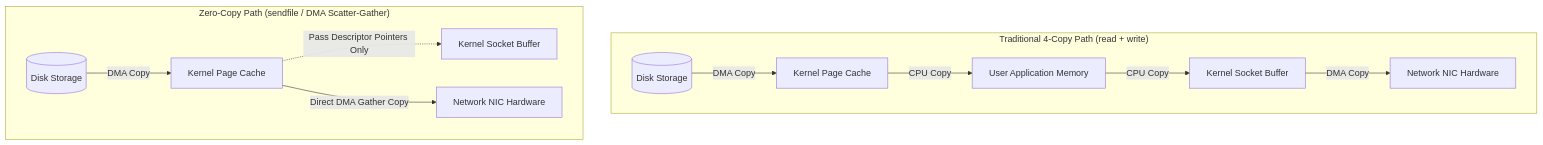
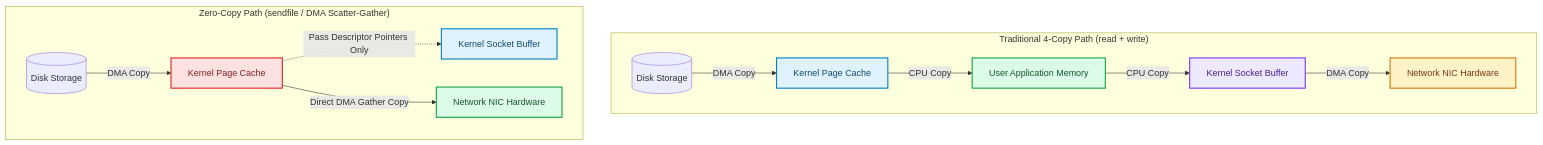
Before and after one commit to akmalkhaniub/akmalkhaniub.github.io: the diagram in blog/posts/zero-copy-network-io-sendfile-splice-memory-mapped-descriptors.md, drawn with Mermaid. The commit also changed other lines of this file and 1291 other files, not shown here.

First line of the commit message:
feat(catalog): unique covers, scholarly references, and diagram palettes

````diff
--- a/blog/posts/zero-copy-network-io-sendfile-splice-memory-mapped-descriptors.md
+++ b/blog/posts/zero-copy-network-io-sendfile-splice-memory-mapped-descriptors.md
@@ -25,15 +25,26 @@
 ```mermaid
 flowchart TD
   subgraph SG1_Traditional4Copy ["Traditional 4-Copy Path (read + write)"]
-    Disk1[(Disk Storage)] -->|DMA Copy| PageCache1[Kernel Page Cache]
-    PageCache1 -->|CPU Copy| UserMem[User Application Memory]
-    UserMem -->|CPU Copy| SocketBuf1[Kernel Socket Buffer]
-    SocketBuf1 -->|DMA Copy| NIC1[Network NIC Hardware]
+    Disk1[(Disk Storage)] -->|DMA Copy| PageCache1["Kernel Page Cache"]
+    PageCache1 -->|CPU Copy| UserMem["User Application Memory"]
+    UserMem -->|CPU Copy| SocketBuf1["Kernel Socket Buffer"]
+    SocketBuf1 -->|DMA Copy| NIC1["Network NIC Hardware"]
   end
   
   subgraph SG2_ZeroCopyPath ["Zero-Copy Path (sendfile / DMA Scatter-Gather)"]
-    Disk2[(Disk Storage)] -->|DMA Copy| PageCache2[Kernel Page Cache]
-    PageCache2 -.->|Pass Descriptor Pointers Only| SocketBuf2[Kernel Socket Buffer]
-    PageCache2 -->|Direct DMA Gather Copy| NIC2[Network NIC Hardware]
+    Disk2[(Disk Storage)] -->|DMA Copy| PageCache2["Kernel Page Cache"]
+    PageCache2 -.->|Pass Descriptor Pointers Only| SocketBuf2["Kernel Socket Buffer"]
+    PageCache2 -->|Direct DMA Gather Copy| NIC2["Network NIC Hardware"]
   end
+
+classDef green fill:#dcfce7,stroke:#16a34a,stroke-width:2px,color:#14532d;
+classDef red fill:#fee2e2,stroke:#dc2626,stroke-width:2px,color:#7f1d1d;
+classDef blue fill:#e0f2fe,stroke:#0284c7,stroke-width:2px,color:#0c4a6e;
+classDef yellow fill:#fef3c7,stroke:#d97706,stroke-width:2px,color:#78350f;
+classDef purple fill:#ede9fe,stroke:#7c3aed,stroke-width:2px,color:#4c1d95;
+class PageCache1,SocketBuf2 blue
+class UserMem,NIC2 green
+class SocketBuf1 purple
+class NIC1 yellow
+class PageCache2 red
 ```
````
